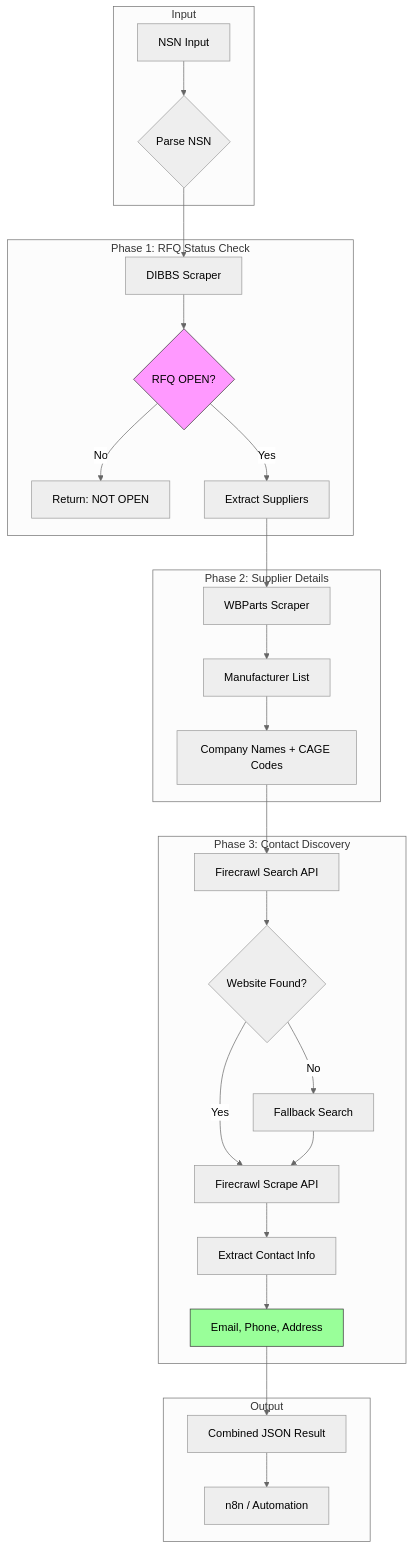
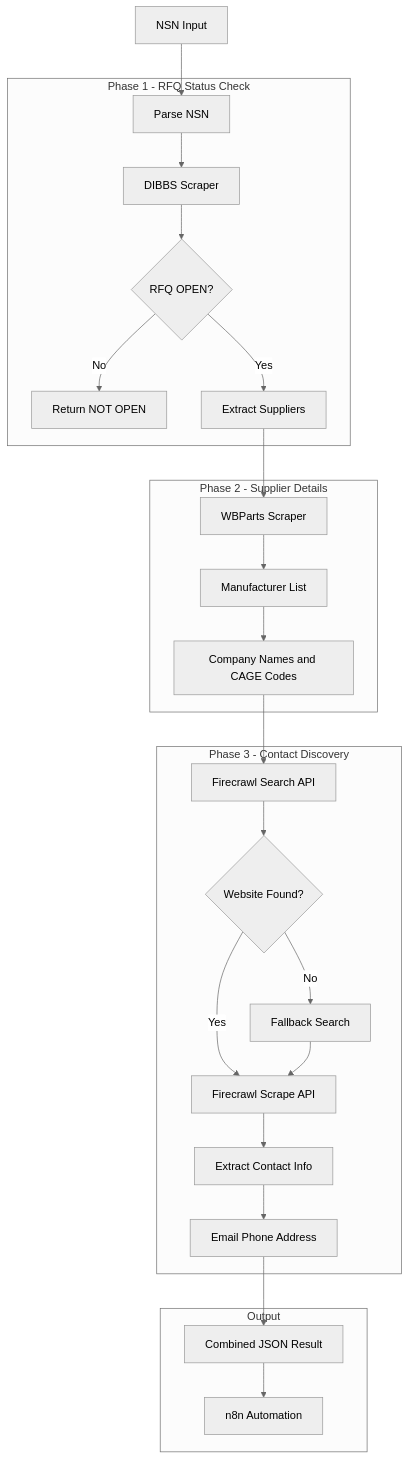
Before and after one commit to EricTechPro/rfq-automation: the diagram in README.md, drawn with Mermaid (neutral theme).

Commit message:
fix: Simplify Mermaid diagram syntax for GitHub compatibility
- Removed special characters from subgraph labels
- Used proper subgraph ID[Label] syntax
- Removed style directives that may not render

🤖 Generated with [Claude Code](https://claude.com/claude-code)

````diff
--- a/README.md
+++ b/README.md
@@ -15,37 +15,32 @@
 ```mermaid
 flowchart TD
-    subgraph Input
-        A[NSN Input] --> B{Parse NSN}
-    end
+    A[NSN Input] --> B[Parse NSN]
 
-    subgraph "Phase 1: RFQ Status Check"
+    subgraph Phase1[Phase 1 - RFQ Status Check]
         B --> C[DIBBS Scraper]
         C --> D{RFQ OPEN?}
-        D -->|No| E[Return: NOT OPEN]
+        D -->|No| E[Return NOT OPEN]
         D -->|Yes| F[Extract Suppliers]
     end
 
-    subgraph "Phase 2: Supplier Details"
+    subgraph Phase2[Phase 2 - Supplier Details]
         F --> G[WBParts Scraper]
         G --> H[Manufacturer List]
-        H --> I[Company Names + CAGE Codes]
+        H --> I[Company Names and CAGE Codes]
     end
 
-    subgraph "Phase 3: Contact Discovery"
+    subgraph Phase3[Phase 3 - Contact Discovery]
         I --> J[Firecrawl Search API]
         J --> K{Website Found?}
         K -->|Yes| L[Firecrawl Scrape API]
         K -->|No| M[Fallback Search]
         M --> L
         L --> N[Extract Contact Info]
-        N --> O[Email, Phone, Address]
+        N --> O[Email Phone Address]
     end
 
-    subgraph Output
+    subgraph Phase4[Output]
         O --> P[Combined JSON Result]
-        P --> Q[n8n / Automation]
+        P --> Q[n8n Automation]
     end
-
-    style D fill:#f9f,stroke:#333
-    style O fill:#9f9,stroke:#333
 ```
````
